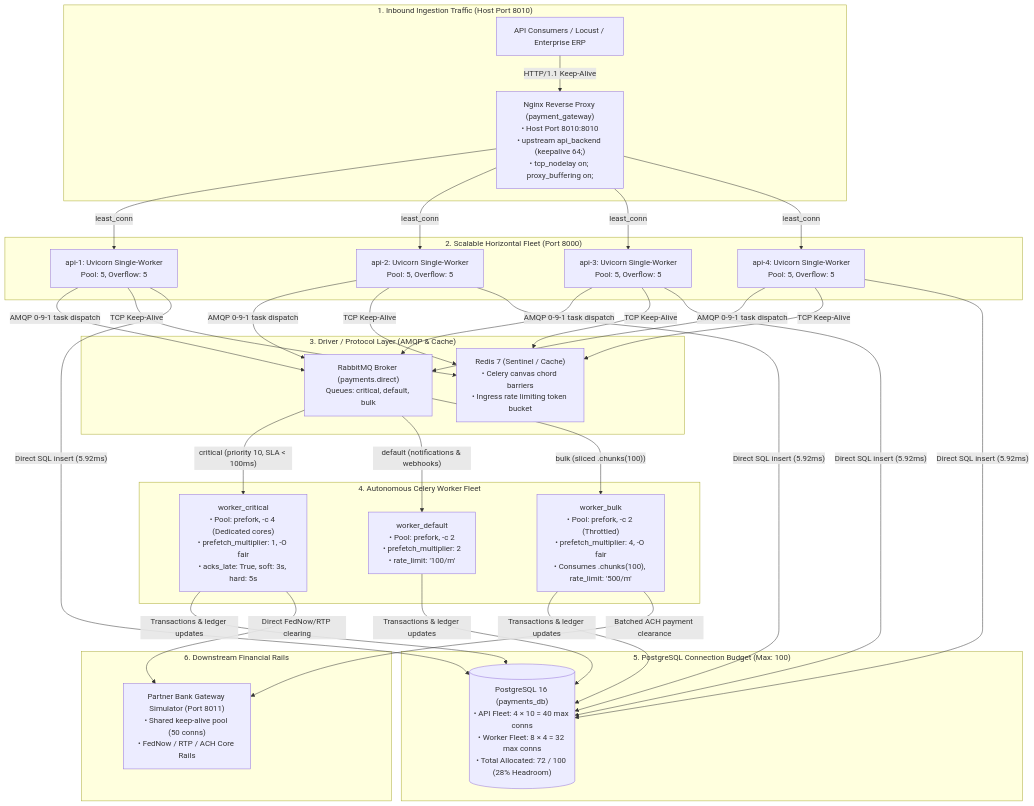
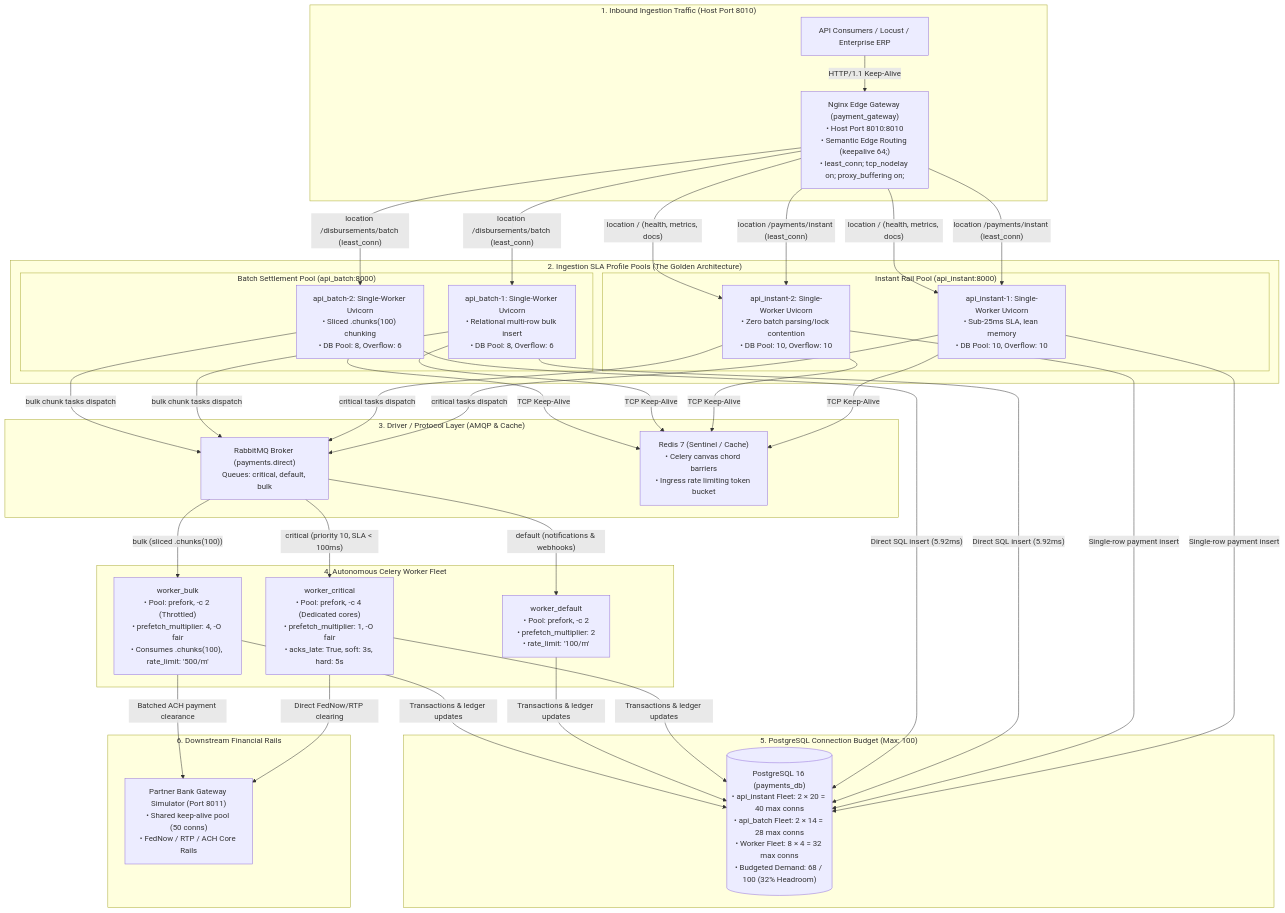
The first of 2 diagrams in Celery/2_Advanced_Celery_Topics/03_routing_and_capacity/README.md (Santiagus/Python), drawn with Mermaid before and after one commit. The commit also changed 1 other file, not shown here.

Commit message:
docs(architecture): specify Golden Architecture ingestion SLA pools and empirical test plan
- Document the Golden Architecture design pattern: 1 container pool per ingestion SLA profile
- Define physical isolation between real-time instant rails (api_instant) and batch disbursements (api_batch)
- Detail Semantic Edge Routing in Nginx gateway with least_conn and persistent TCP keepalive
- Specify role-based database connection pool budgeting (68/100 conns with 32% headroom)
- Outline multi-dimensional empirical test plan covering cold-start, arrival pacing, and burst models

````diff
--- a/Celery/2_Advanced_Celery_Topics/03_routing_and_capacity/README.md
+++ b/Celery/2_Advanced_Celery_Topics/03_routing_and_capacity/README.md
@@ -38,47 +38,58 @@
 ```mermaid
 flowchart TD
     subgraph ClientLayer ["1. Inbound Ingestion Traffic (Host Port 8010)"]
-        Client["API Consumers / Locust / Enterprise ERP"] -->|"HTTP/1.1 Keep-Alive"| Nginx["Nginx Reverse Proxy (payment_gateway)<br/>• Host Port 8010:8010<br/>• upstream api_backend (keepalive 64;)<br/>• tcp_nodelay on; proxy_buffering on;"]
+        Client["API Consumers / Locust / Enterprise ERP"] -->|"HTTP/1.1 Keep-Alive"| Nginx["Nginx Edge Gateway (payment_gateway)<br/>• Host Port 8010:8010<br/>• Semantic Edge Routing (keepalive 64;)<br/>• least_conn; tcp_nodelay on; proxy_buffering on;"]
     end
 
-    subgraph ContainerFleet ["2. Scalable Horizontal Fleet (Port 8000)"]
-        Nginx -->|"least_conn"| API1["api-1: Uvicorn Single-Worker<br/>Pool: 5, Overflow: 5"]
-        Nginx -->|"least_conn"| API2["api-2: Uvicorn Single-Worker<br/>Pool: 5, Overflow: 5"]
-        Nginx -->|"least_conn"| API3["api-3: Uvicorn Single-Worker<br/>Pool: 5, Overflow: 5"]
-        Nginx -->|"least_conn"| API4["api-4: Uvicorn Single-Worker<br/>Pool: 5, Overflow: 5"]
+    subgraph ContainerFleet ["2. Ingestion SLA Profile Pools (The Golden Architecture)"]
+        subgraph InstantPool ["Instant Rail Pool (api_instant:8000)"]
+            API_I1["api_instant-1: Single-Worker Uvicorn<br/>• Sub-25ms SLA, lean memory<br/>• DB Pool: 10, Overflow: 10"]
+            API_I2["api_instant-2: Single-Worker Uvicorn<br/>• Zero batch parsing/lock contention<br/>• DB Pool: 10, Overflow: 10"]
+        end
+        subgraph BatchPool ["Batch Settlement Pool (api_batch:8000)"]
+            API_B1["api_batch-1: Single-Worker Uvicorn<br/>• Relational multi-row bulk insert<br/>• DB Pool: 8, Overflow: 6"]
+            API_B2["api_batch-2: Single-Worker Uvicorn<br/>• Sliced .chunks(100) chunking<br/>• DB Pool: 8, Overflow: 6"]
+        end
     end
 
     subgraph MessagingLayer ["3. Driver / Protocol Layer (AMQP & Cache)"]
         RMQ["RabbitMQ Broker (payments.direct)<br/>Queues: critical, default, bulk"]
         Redis["Redis 7 (Sentinel / Cache)<br/>• Celery canvas chord barriers<br/>• Ingress rate limiting token bucket"]
     end
 
     subgraph ConsumerFleet ["4. Autonomous Celery Worker Fleet"]
         WCrit["worker_critical<br/>• Pool: prefork, -c 4 (Dedicated cores)<br/>• prefetch_multiplier: 1, -O fair<br/>• acks_late: True, soft: 3s, hard: 5s"]
         WDef["worker_default<br/>• Pool: prefork, -c 2<br/>• prefetch_multiplier: 2<br/>• rate_limit: '100/m'"]
         WBulk["worker_bulk<br/>• Pool: prefork, -c 2 (Throttled)<br/>• prefetch_multiplier: 4, -O fair<br/>• Consumes .chunks(100), rate_limit: '500/m'"]
     end
 
     subgraph DatabaseLayer ["5. PostgreSQL Connection Budget (Max: 100)"]
-        PG[("PostgreSQL 16 (payments_db)<br/>• API Fleet: 4 × 10 = 40 max conns<br/>• Worker Fleet: 8 × 4 = 32 max conns<br/>• Total Allocated: 72 / 100 (28% Headroom)")]
+        PG[("PostgreSQL 16 (payments_db)<br/>• api_instant Fleet: 2 × 20 = 40 max conns<br/>• api_batch Fleet: 2 × 14 = 28 max conns<br/>• Worker Fleet: 8 × 4 = 32 max conns<br/>• Budgeted Demand: 68 / 100 (32% Headroom)")]
     end
 
     subgraph ExternalBank ["6. Downstream Financial Rails"]
         BankSim["Partner Bank Gateway Simulator (Port 8011)<br/>• Shared keep-alive pool (50 conns)<br/>• FedNow / RTP / ACH Core Rails"]
     end
 
+    %% Edge Semantic Routing
+    Nginx -->|"location /payments/instant (least_conn)"| API_I1 & API_I2
+    Nginx -->|"location /disbursements/batch (least_conn)"| API_B1 & API_B2
+    Nginx -->|"location / (health, metrics, docs)"| API_I1 & API_I2
+
     %% Ingestion API Dispatches & Writes
-    API1 & API2 & API3 & API4 -->|"AMQP 0-9-1 task dispatch"| RMQ
-    API1 & API2 & API3 & API4 -->|"TCP Keep-Alive"| Redis
-    API1 & API2 & API3 & API4 -->|"Direct SQL insert (5.92ms)"| PG
+    API_I1 & API_I2 -->|"critical tasks dispatch"| RMQ
+    API_B1 & API_B2 -->|"bulk chunk tasks dispatch"| RMQ
+    API_I1 & API_I2 & API_B1 & API_B2 -->|"TCP Keep-Alive"| Redis
+    API_I1 & API_I2 -->|"Single-row payment insert"| PG
+    API_B1 & API_B2 -->|"Direct SQL insert (5.92ms)"| PG
 
     %% Broker Dispatches to Workers
     RMQ -->|"critical (priority 10, SLA &lt; 100ms)"| WCrit
     RMQ -->|"default (notifications & webhooks)"| WDef
     RMQ -->|"bulk (sliced .chunks(100))"| WBulk
 
     %% Worker Execution: Database & External Bank
     WCrit & WDef & WBulk -->|"Transactions & ledger updates"| PG
     WCrit -->|"Direct FedNow/RTP clearing"| BankSim
     WBulk -->|"Batched ACH payment clearance"| BankSim
 ```
````
